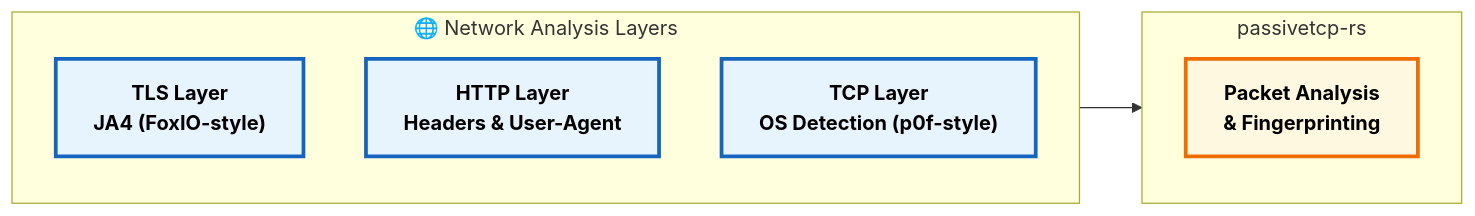
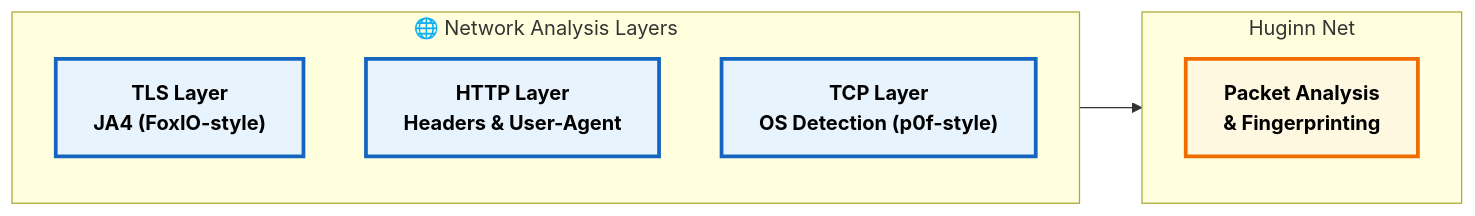
Before and after one commit to biandratti/huginn-net: the diagram in README.md, drawn with Mermaid. The commit also changed other lines of this file and 13 other files, not shown here.

First line of the commit message:
Migration from passivetcp-rs to huginn-net (#132)

````diff
--- a/README.md
+++ b/README.md
@@ -49,23 +30,23 @@
 ```mermaid
 flowchart LR
     subgraph layers ["🌐 Network Analysis Layers"]
         direction TB
         TLS["TLS Layer<br/>JA4 (FoxIO-style)"]
         HTTP["HTTP Layer<br/>Headers & User-Agent"]  
         TCP["TCP Layer<br/>OS Detection (p0f-style)"]
     end
     
-    subgraph engine ["passivetcp-rs"]
+    subgraph engine ["Huginn Net"]
         direction TB
         ANALYZER["Packet Analysis<br/>& Fingerprinting"]
     end
     
     %% Clean horizontal connections
     layers --> engine
     
     classDef layerStyle fill:#e8f4fd,stroke:#1565c0,stroke-width:3px,color:#000,font-weight:bold
     classDef engineStyle fill:#fff8e1,stroke:#ef6c00,stroke-width:3px,color:#000,font-weight:bold
     
     class TLS,HTTP,TCP layerStyle
     class ANALYZER engineStyle
 ```
````
